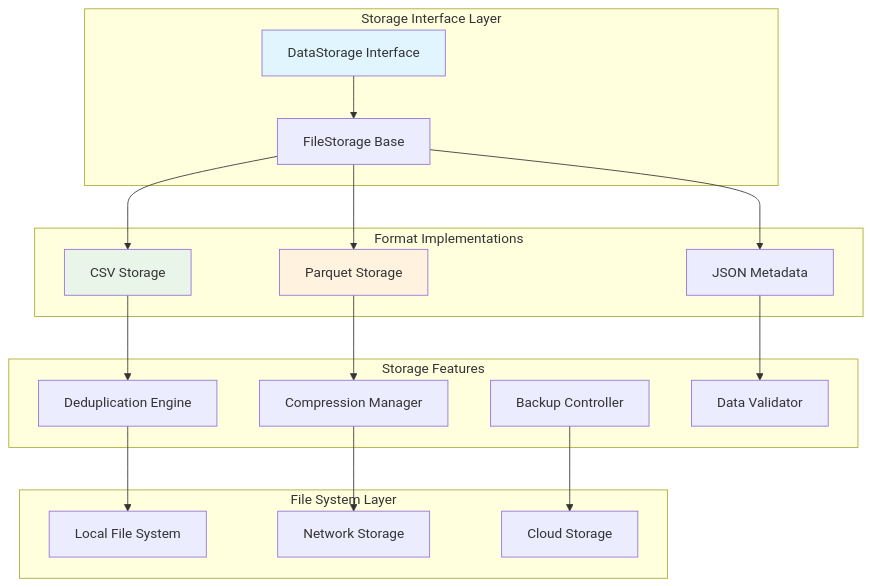
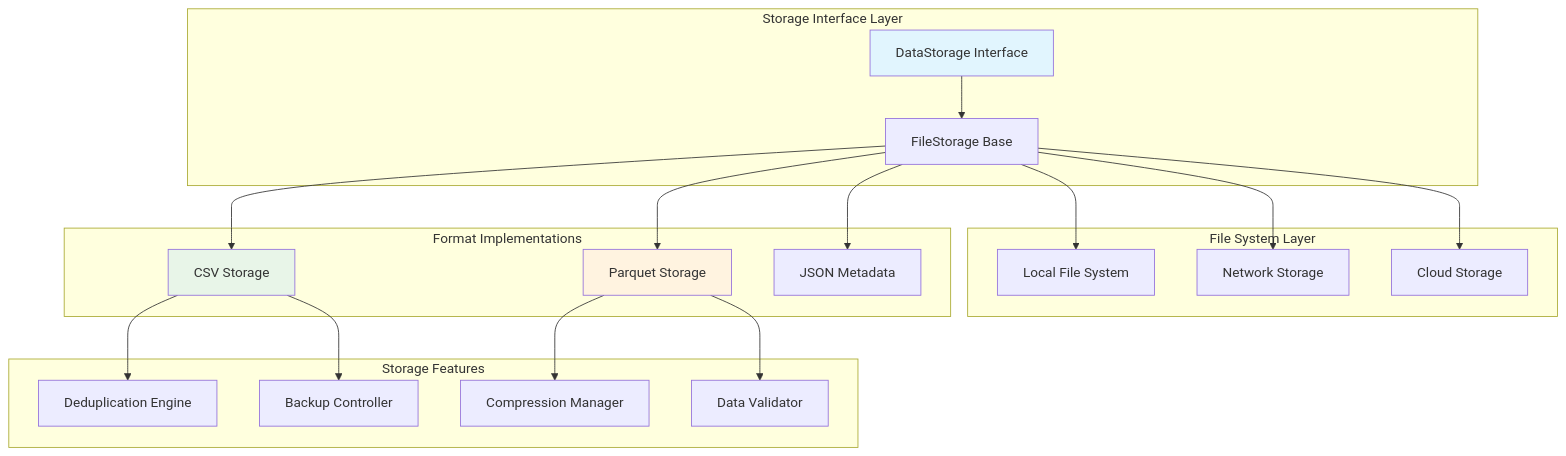
One commit to makutaku/vortex changed the diagram in docs/design/hld/05-storage-architecture.md. Above: the diagram before and after it, drawn with Mermaid. The commit also changed other lines of this file and 7 other files, not shown here.

````diff
--- a/docs/design/hld/05-storage-architecture.md
+++ b/docs/design/hld/05-storage-architecture.md
@@ -20,43 +20,44 @@
 ```mermaid
 graph TB
     subgraph "Storage Interface Layer"
         DSI[DataStorage Interface]
         FSB[FileStorage Base]
     end
     
     subgraph "Format Implementations"
         CSV[CSV Storage]
         Parquet[Parquet Storage]
         JSON[JSON Metadata]
     end
     
     subgraph "Storage Features"
         Dedup[Deduplication Engine]
         Compress[Compression Manager]
         Backup[Backup Controller]
         Validate[Data Validator]
     end
     
     subgraph "File System Layer"
         Local[Local File System]
         Network[Network Storage]
         Cloud[Cloud Storage]
     end
     
     DSI --> FSB
     FSB --> CSV
     FSB --> Parquet
     FSB --> JSON
     
     CSV --> Dedup
+    CSV --> Backup
     Parquet --> Compress
-    JSON --> Validate
+    Parquet --> Validate
     
-    Dedup --> Local
-    Compress --> Network
-    Backup --> Cloud
+    FSB --> Local
+    FSB --> Network
+    FSB --> Cloud
     
     style DSI fill:#e1f5fe
     style CSV fill:#e8f5e8
     style Parquet fill:#fff3e0
 ```
````
